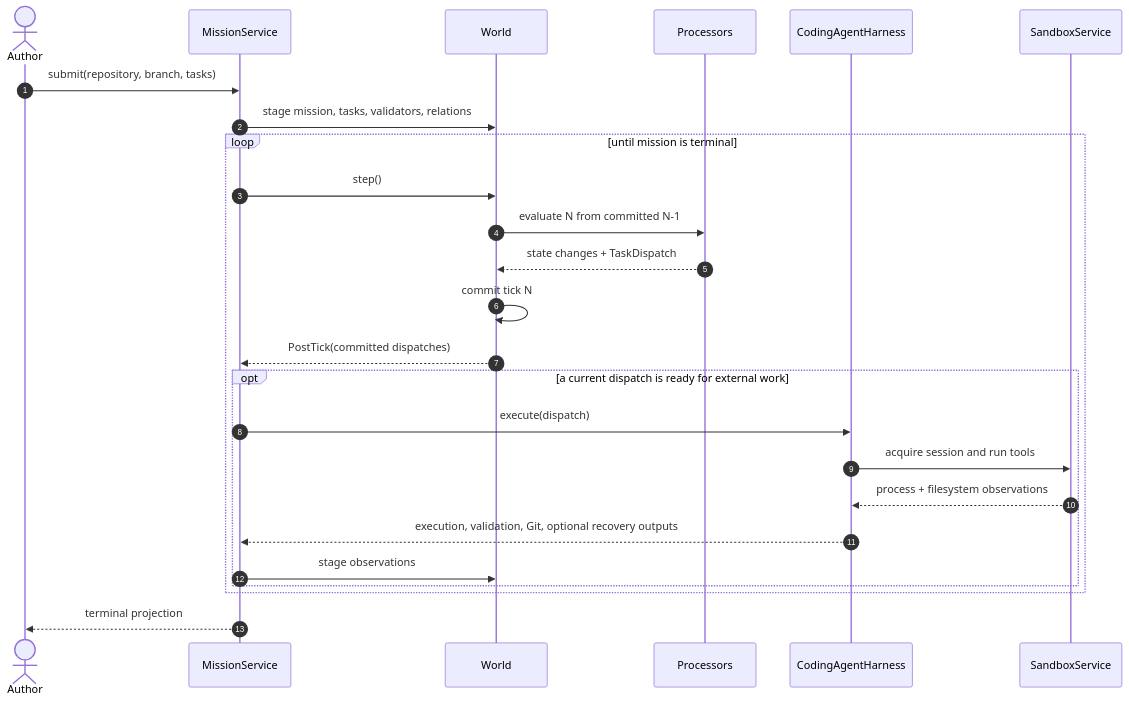
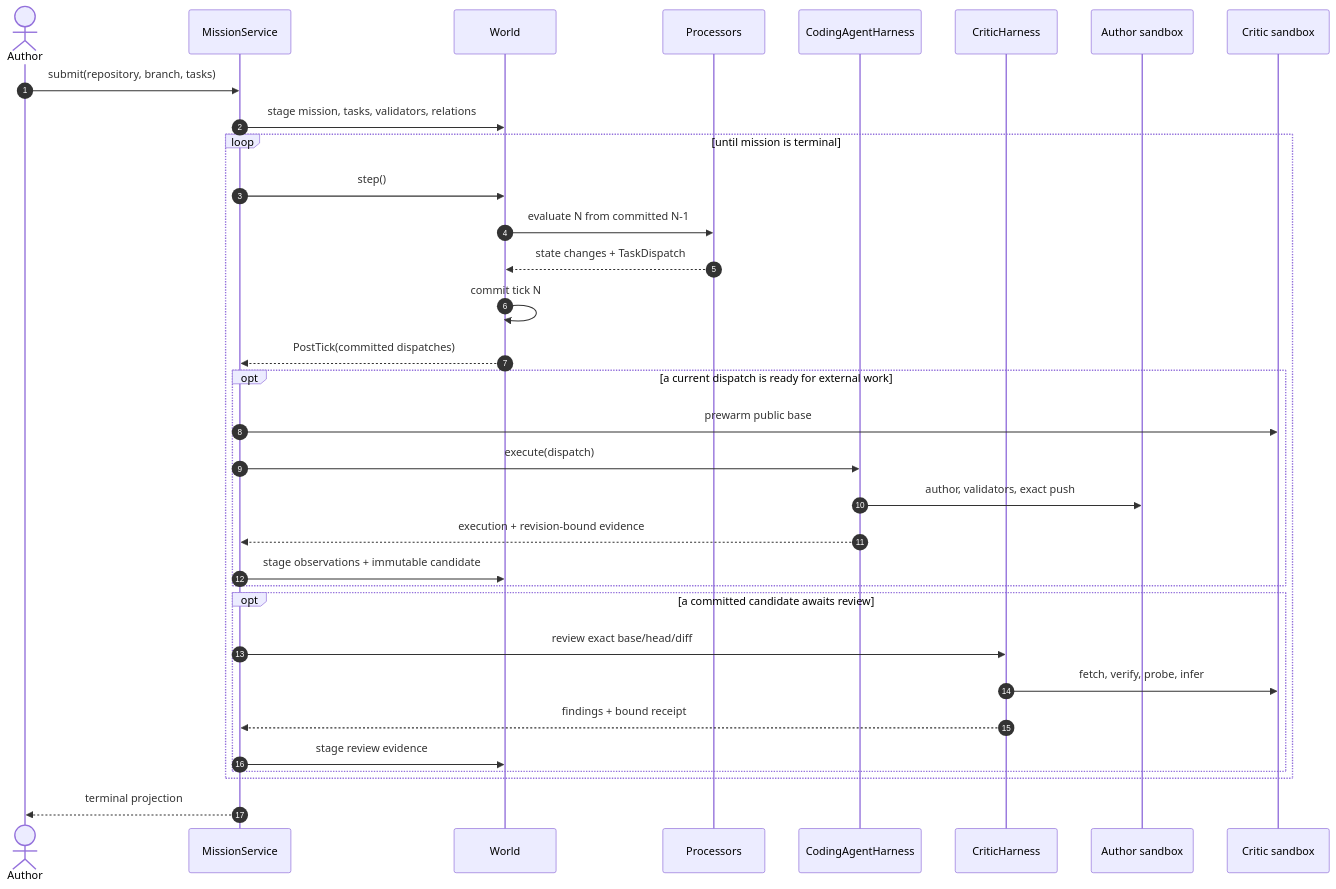
The second of 3 diagrams in docs/guide/agent-missions.md (VangelisTech/archetype), drawn with Mermaid before and after one commit. The commit also changed other lines of this file and 23 other files, not shown here.

Commit message:
feat(missions): gate candidates on exact-head critics

````diff
--- a/docs/guide/agent-missions.md
+++ b/docs/guide/agent-missions.md
@@ -210,30 +231,38 @@
 ```mermaid
 sequenceDiagram
     autonumber
     actor Author
     participant Service as MissionService
     participant World
     participant Processors
-    participant Harness as CodingAgentHarness
-    participant Sandboxes as SandboxService
+    participant AuthorHarness as CodingAgentHarness
+    participant CriticHarness
+    participant AuthorBox as Author sandbox
+    participant CriticBox as Critic sandbox
 
     Author->>Service: submit(repository, branch, tasks)
     Service->>World: stage mission, tasks, validators, relations
 
     loop until mission is terminal
         Service->>World: step()
         World->>Processors: evaluate N from committed N-1
         Processors-->>World: state changes + TaskDispatch
         World->>World: commit tick N
         World-->>Service: PostTick(committed dispatches)
         opt a current dispatch is ready for external work
-            Service->>Harness: execute(dispatch)
-            Harness->>Sandboxes: acquire session and run tools
-            Sandboxes-->>Harness: process + filesystem observations
-            Harness-->>Service: execution, validation, Git, optional recovery outputs
-            Service->>World: stage observations
+            Service->>CriticBox: prewarm public base
+            Service->>AuthorHarness: execute(dispatch)
+            AuthorHarness->>AuthorBox: author, validators, exact push
+            AuthorHarness-->>Service: execution + revision-bound evidence
+            Service->>World: stage observations + immutable candidate
+        end
+        opt a committed candidate awaits review
+            Service->>CriticHarness: review exact base/head/diff
+            CriticHarness->>CriticBox: fetch, verify, probe, infer
+            CriticHarness-->>Service: findings + bound receipt
+            Service->>World: stage review evidence
         end
     end
 
     Service-->>Author: terminal projection
 ```
````
